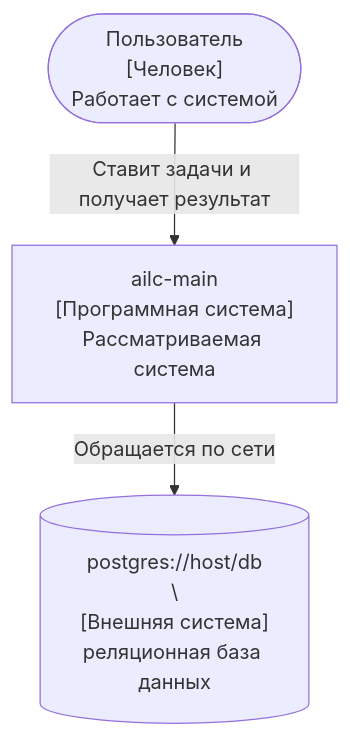
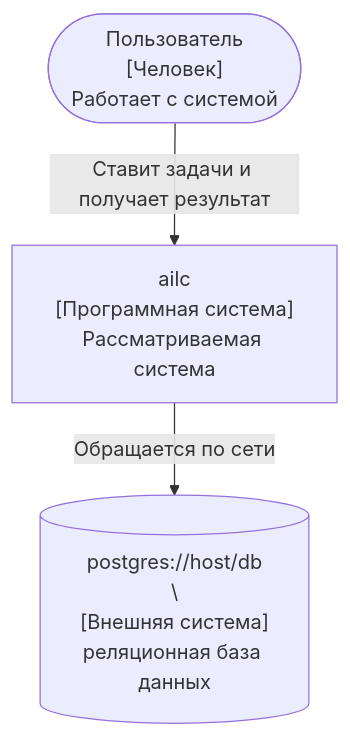
One commit to pro-deploy/ailc changed the first of 5 diagrams in docs/C4.md. Above: the diagram before and after it, drawn with Mermaid. The commit also changed other lines of this file and 15 other files, not shown here.

````diff
--- a/docs/C4.md
+++ b/docs/C4.md
@@ -38,8 +38,8 @@
 ```mermaid
 flowchart TD
   человек(["Пользователь<br/>[Человек]<br/>Работает с системой"])
-  система["ailc-main<br/>[Программная система]<br/>Рассматриваемая система"]
+  система["ailc<br/>[Программная система]<br/>Рассматриваемая система"]
   человек -->|"Ставит задачи и получает результат"| система
   внеш0[("postgres://host/db\n\<br/>[Внешняя система]<br/>реляционная база данных")]
   система -->|"Обращается по сети"| внеш0
 ```
````
